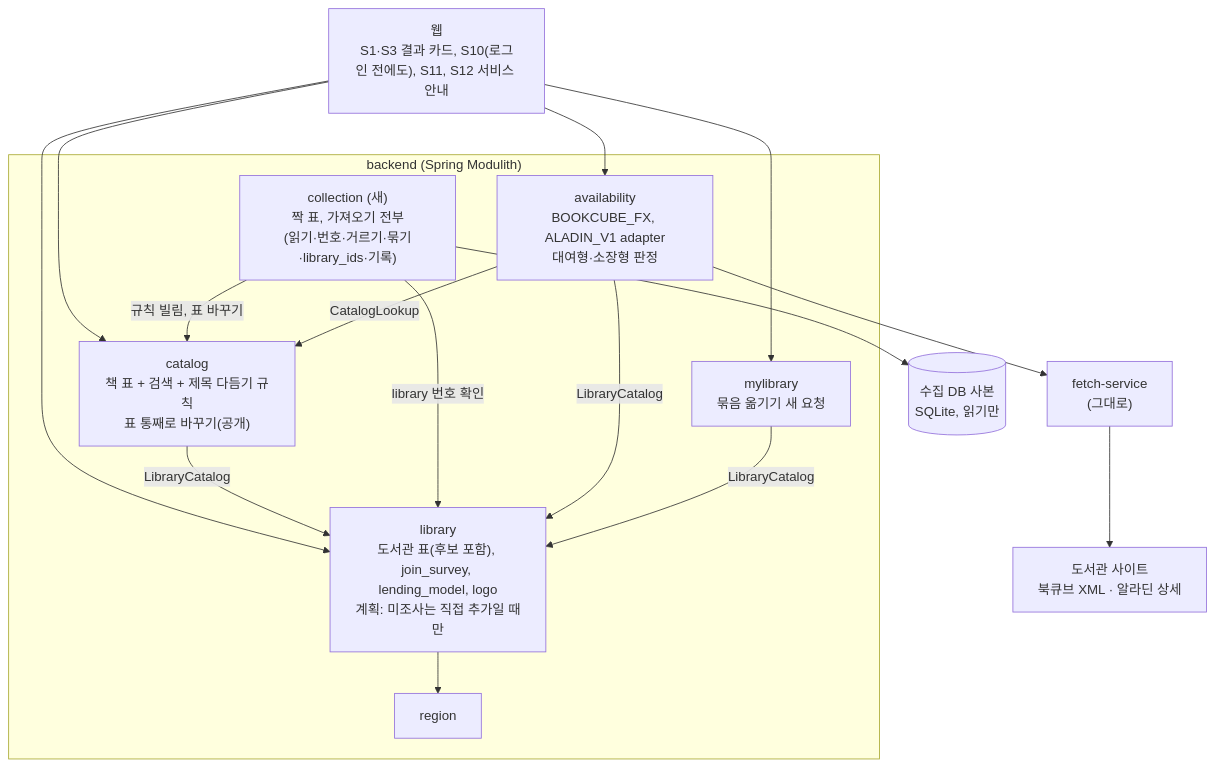
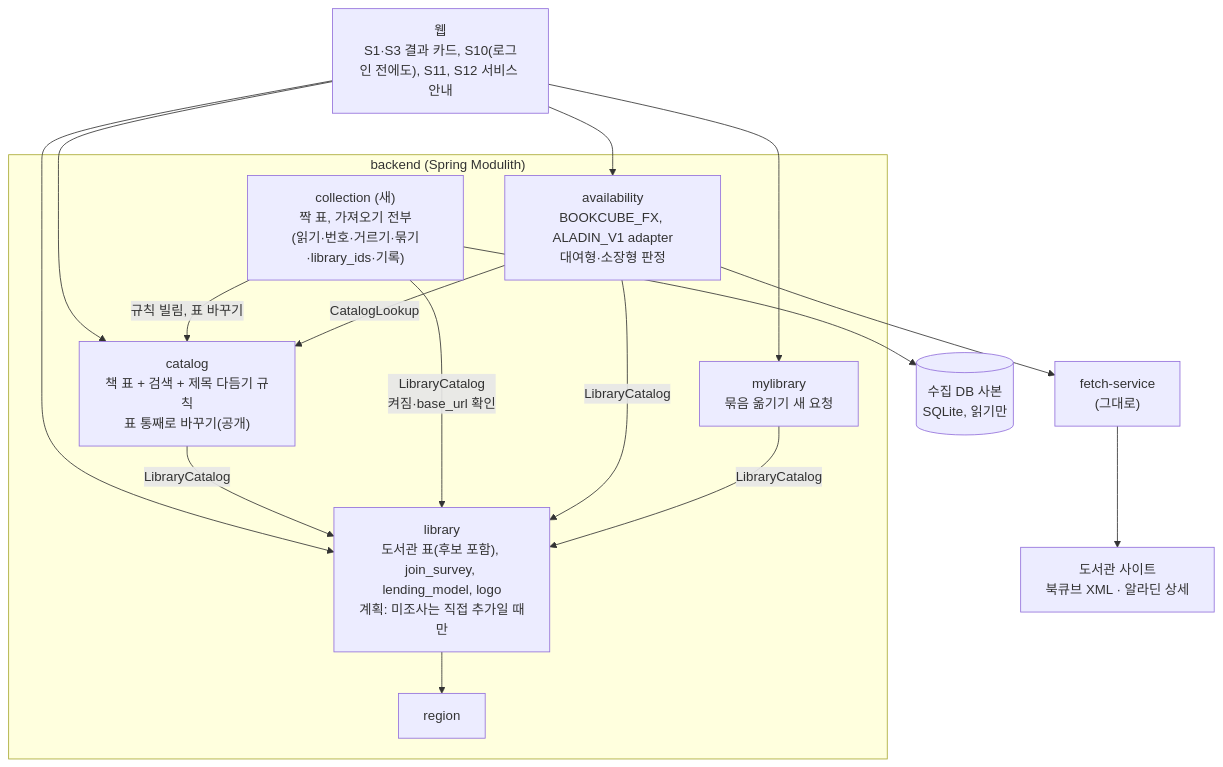
The first of 7 diagrams in docs/cycles/07-candidate-libraries/design-delta.md (hodu-sketch/chaekcheck-plan), drawn with Mermaid before and after one commit. The commit also changed other lines of this file and 73 other files, not shown here.

````diff
--- a/docs/cycles/07-candidate-libraries/design-delta.md
+++ b/docs/cycles/07-candidate-libraries/design-delta.md
@@ -11,28 +11,28 @@
 ```mermaid
 flowchart TB
   WEB["웹<br/>S1·S3 결과 카드, S10(로그인 전에도), S11, S12 서비스 안내"]
   subgraph backend["backend (Spring Modulith)"]
     LIB["library<br/>도서관 표(후보 포함), join_survey, lending_model, logo<br/>계획: 미조사는 직접 추가일 때만"]
     COL["collection (새)<br/>짝 표, 가져오기 전부<br/>(읽기·번호·거르기·묶기·library_ids·기록)"]
     CAT["catalog<br/>책 표 + 검색 + 제목 다듬기 규칙<br/>표 통째로 바꾸기(공개)"]
     AV["availability<br/>BOOKCUBE_FX, ALADIN_V1 adapter<br/>대여형·소장형 판정"]
     MY["mylibrary<br/>묶음 옮기기 새 요청"]
     REG["region"]
   end
   FETCH["fetch-service<br/>(그대로)"]
   SITES["도서관 사이트<br/>북큐브 XML · 알라딘 상세"]
   SNAP[("수집 DB 사본<br/>SQLite, 읽기만")]
   WEB --> LIB
   WEB --> CAT
   WEB --> AV
   WEB --> MY
   CAT -->|LibraryCatalog| LIB
   COL -->|규칙 빌림, 표 바꾸기| CAT
-  COL -->|library 번호 확인| LIB
+  COL -->|LibraryCatalog<br/>켜짐·base_url 확인| LIB
   COL --> SNAP
   AV -->|LibraryCatalog| LIB
   AV -->|CatalogLookup| CAT
   AV --> FETCH --> SITES
   MY -->|LibraryCatalog| LIB
   LIB --> REG
 ```
````
